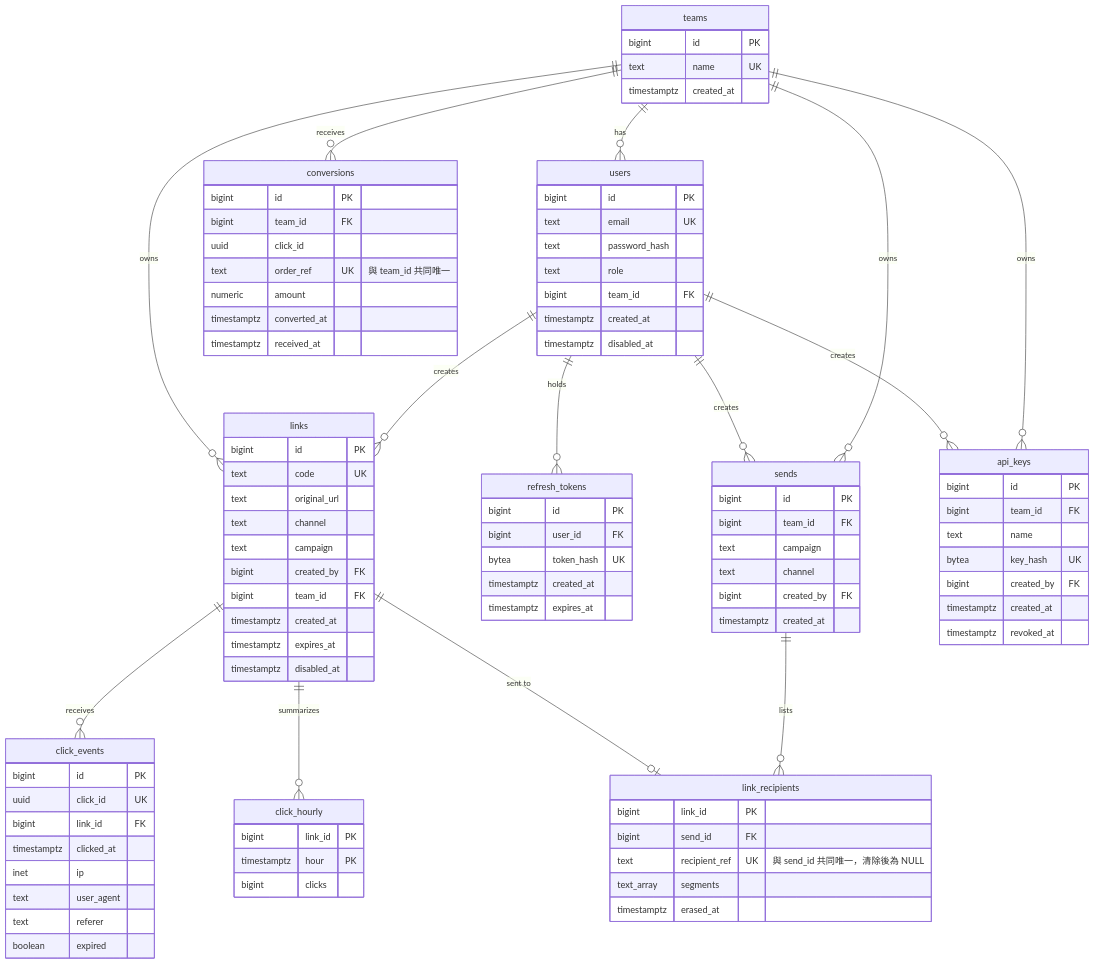
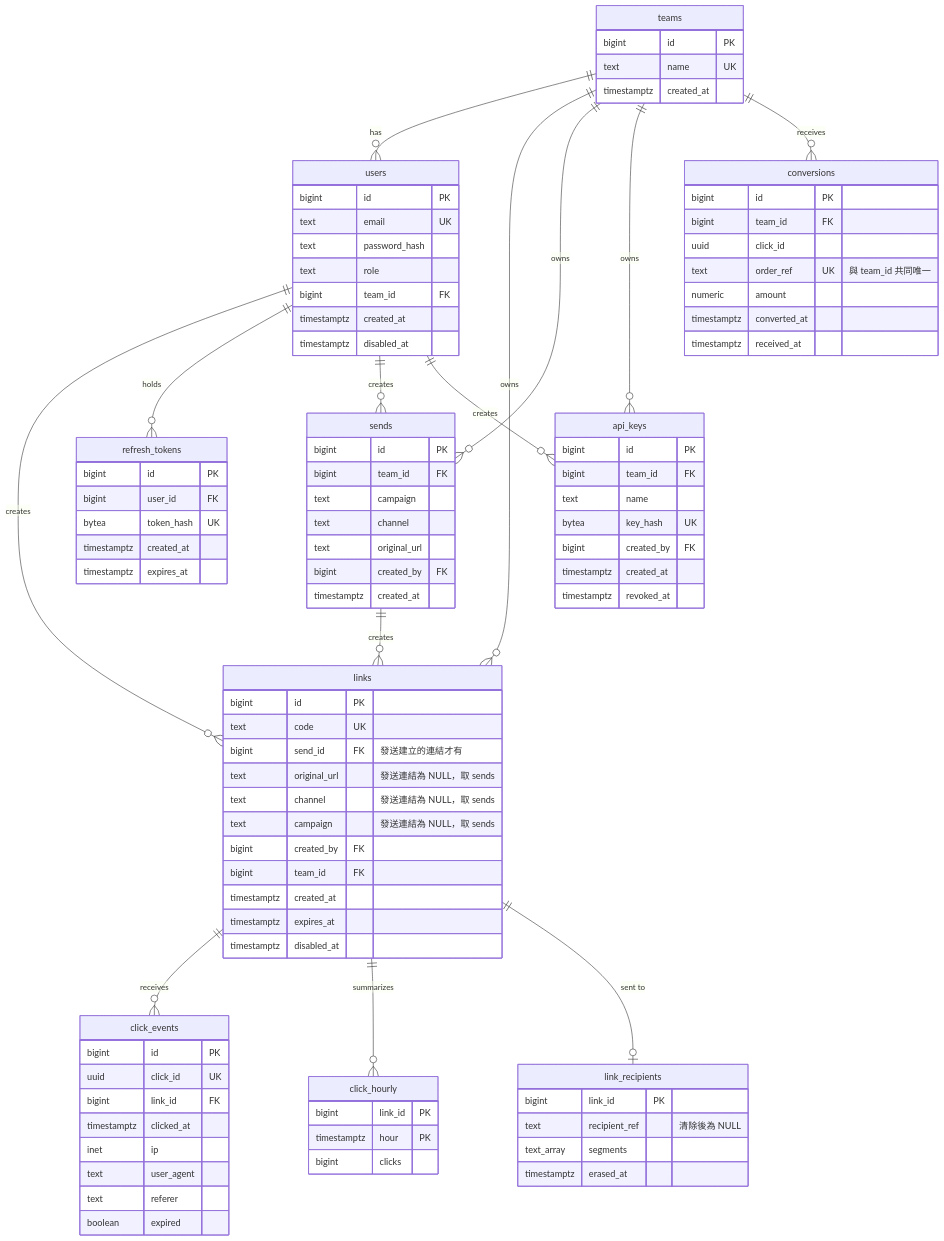
The diagram in docs/system-design.md (tarrragon/tinyurl-test), drawn with Mermaid before and after one commit. The commit also changed other lines of this file and 3 other files, not shown here.

```diff
--- a/docs/system-design.md
+++ b/docs/system-design.md
@@ -112,7 +119,7 @@
     links ||--o{ click_hourly : summarizes
     users ||--o{ refresh_tokens : holds
     teams ||--o{ sends : owns
-    sends ||--o{ link_recipients : lists
+    sends ||--o{ links : creates
     links ||--o| link_recipients : "sent to"
     users ||--o{ sends : creates
     teams ||--o{ api_keys : owns
@@ -136,9 +143,10 @@
     links {
         bigint id PK
         text code UK
-        text original_url
-        text channel
-        text campaign
+        bigint send_id FK "發送建立的連結才有"
+        text original_url "發送連結為 NULL，取 sends"
+        text channel "發送連結為 NULL，取 sends"
+        text campaign "發送連結為 NULL，取 sends"
         bigint created_by FK
         bigint team_id FK
         timestamptz created_at
@@ -172,13 +180,13 @@
         bigint team_id FK
         text campaign
         text channel
+        text original_url
         bigint created_by FK
         timestamptz created_at
     }
     link_recipients {
         bigint link_id PK
-        bigint send_id FK
-        text recipient_ref UK "與 send_id 共同唯一，清除後為 NULL"
+        text recipient_ref "清除後為 NULL"
         text_array segments
         timestamptz erased_at
     }
```
